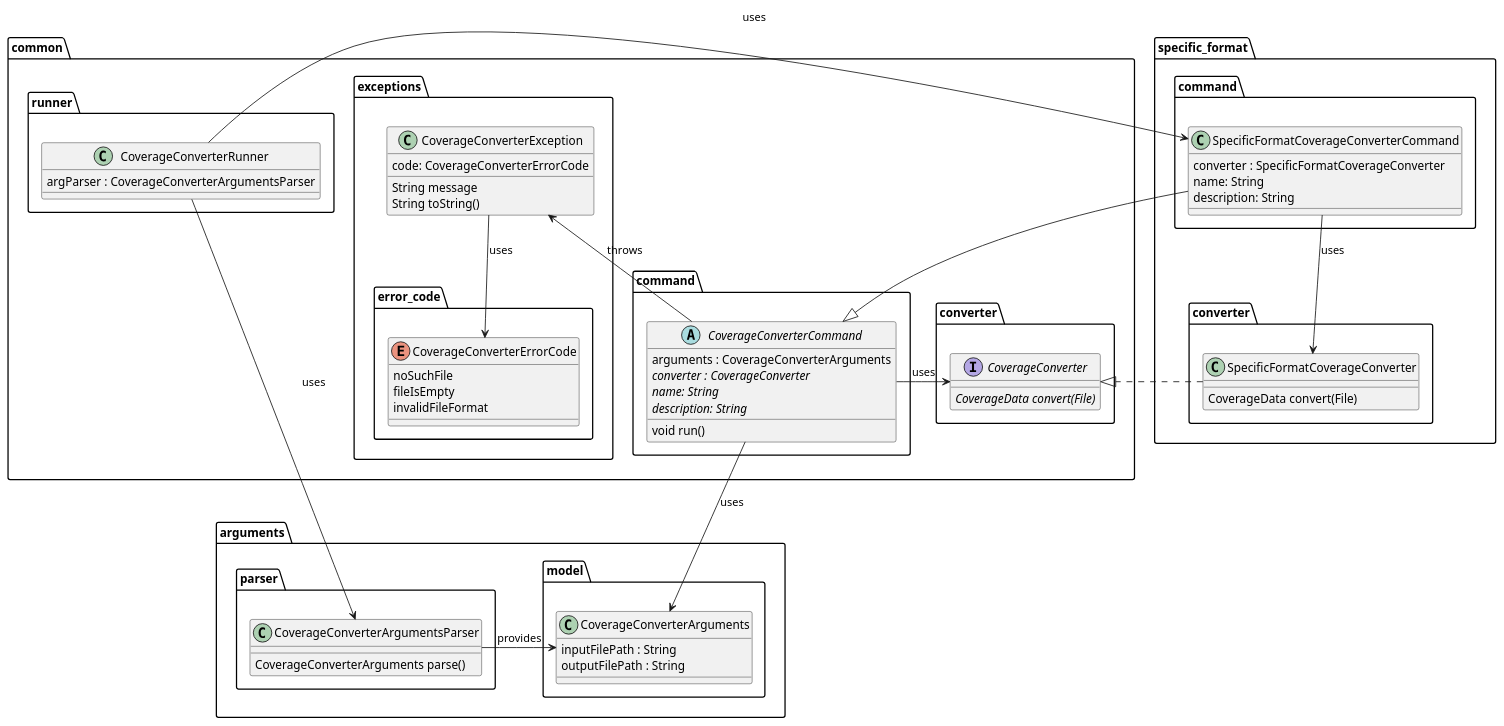
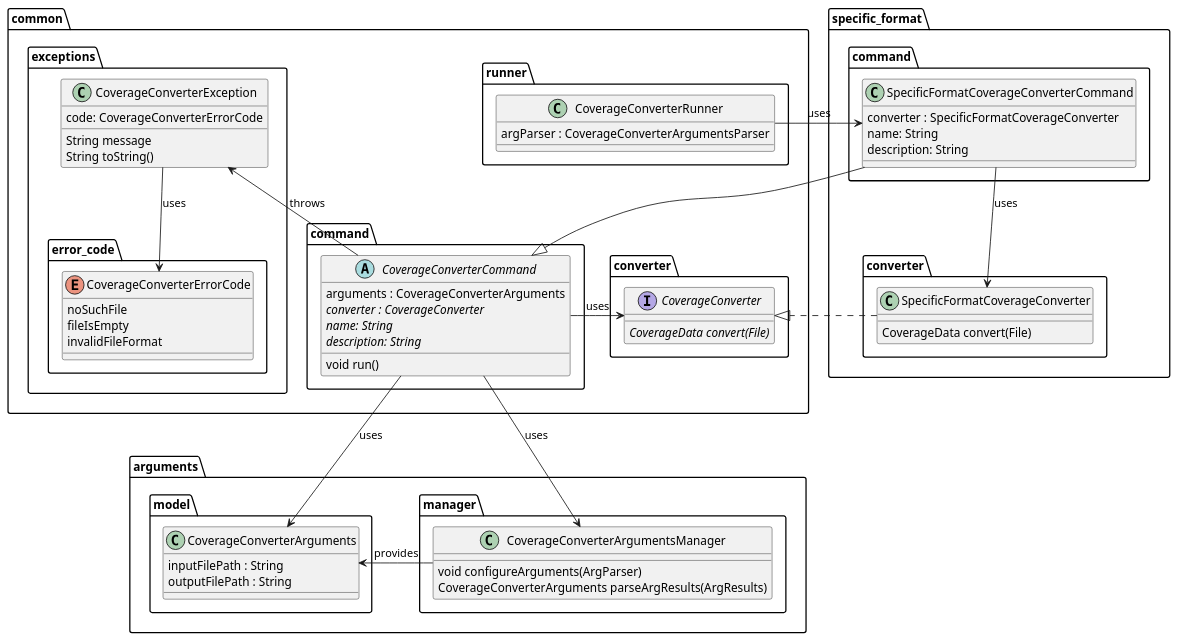
Before and after one commit to Flank/flank-dashboard: the diagram in metrics/coverage_converter/docs/diagrams/coverage_class_diagram.puml, drawn with PlantUML. The commit also changed 2 other files, not shown here.

Commit message:
Improve coverage arguments parsing design

```diff
--- a/metrics/coverage_converter/docs/diagrams/coverage_class_diagram.puml
+++ b/metrics/coverage_converter/docs/diagrams/coverage_class_diagram.puml
@@ -1,95 +1,96 @@
 @startuml coverage_class_diagram
 
 package arguments {
     package model {
         class CoverageConverterArguments {
             inputFilePath : String
             outputFilePath : String
         }
     }
 
-    package parser {
-        class CoverageConverterArgumentsParser {
-            CoverageConverterArguments parse()
+    package manager {
+        class CoverageConverterArgumentsManager {
+            void configureArguments(ArgParser)
+            CoverageConverterArguments parseArgResults(ArgResults)
         }
     }
 }
 
 package common {
     package command {
         abstract CoverageConverterCommand {
             arguments : CoverageConverterArguments
             {abstract} converter : CoverageConverter
             {abstract} name: String
             {abstract} description: String
             void run()
         }
     }
 
     package converter {
         interface CoverageConverter {
             {abstract} CoverageData convert(File)
         }
     }
 
 
     package runner {
         class CoverageConverterRunner {
             argParser : CoverageConverterArgumentsParser
         }
     }
 
     package exceptions {
         class CoverageConverterException{
             code: CoverageConverterErrorCode
             {method} String message
             String toString()
         }
 
 
         package error_code {
             enum CoverageConverterErrorCode {
                 noSuchFile
                 fileIsEmpty
                 invalidFileFormat
             }
         }
     }
 }
 
 package specific_format {
     package converter as specific_format.converter {
         class SpecificFormatCoverageConverter {
             CoverageData convert(File)
         }
     }
 
     package command as specific_format.command {
         class SpecificFormatCoverageConverterCommand {
             converter : SpecificFormatCoverageConverter
             name: String
             description: String
         }
     }
 }
 
 
 CoverageConverterRunner -right-> SpecificFormatCoverageConverterCommand : uses
-CoverageConverterRunner --> CoverageConverterArgumentsParser : uses
 
-CoverageConverterArgumentsParser -left-> CoverageConverterArguments : provides
+CoverageConverterArgumentsManager -left-> CoverageConverterArguments : provides
 
 SpecificFormatCoverageConverterCommand --> SpecificFormatCoverageConverter : uses
 SpecificFormatCoverageConverterCommand --|> CoverageConverterCommand
 
 SpecificFormatCoverageConverter .down.|> CoverageConverter
 
 CoverageConverterCommand --> CoverageConverterArguments : uses
 CoverageConverterCommand -left-> CoverageConverter : uses
 CoverageConverterCommand -up-> CoverageConverterException : throws
+CoverageConverterCommand --> CoverageConverterArgumentsManager : uses
 
 CoverageConverterException --> CoverageConverterErrorCode : uses
 
 
 
 @enduml
```
